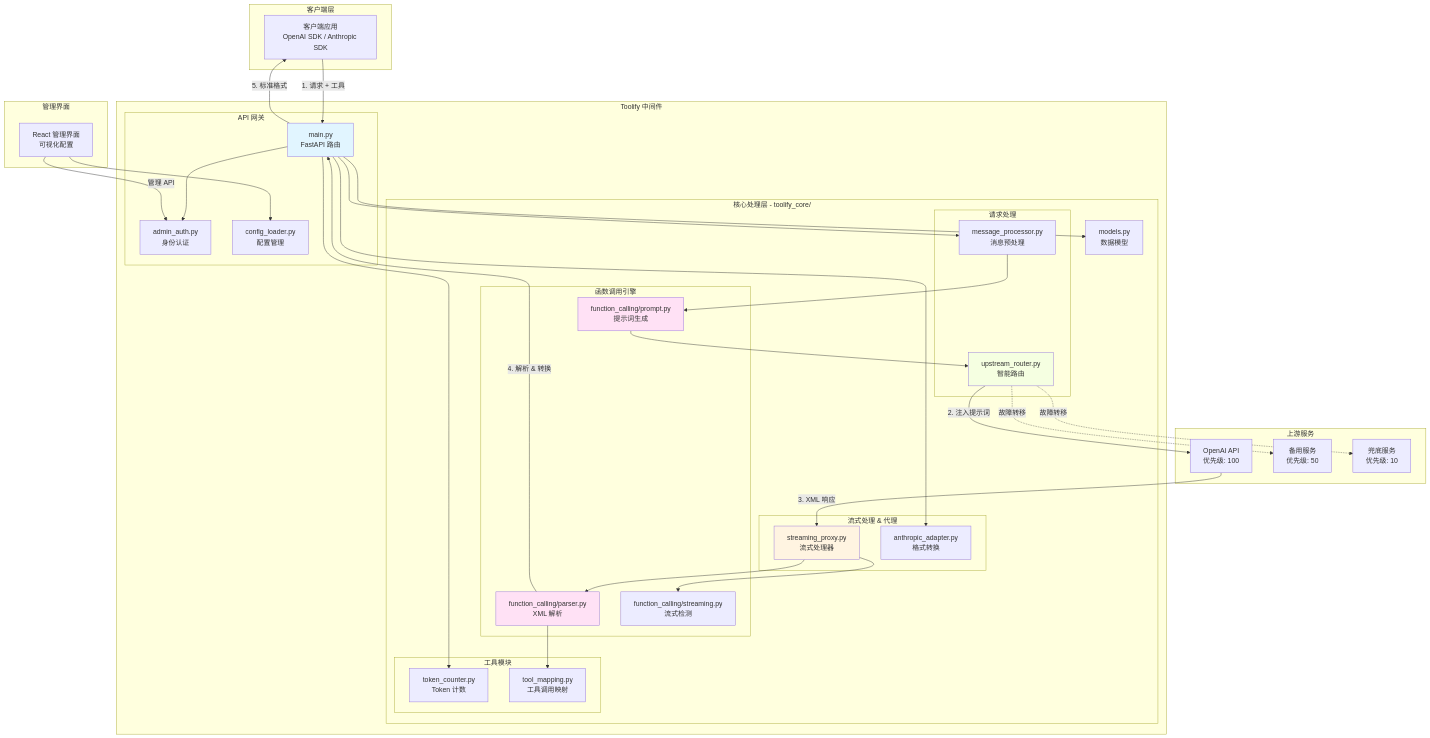
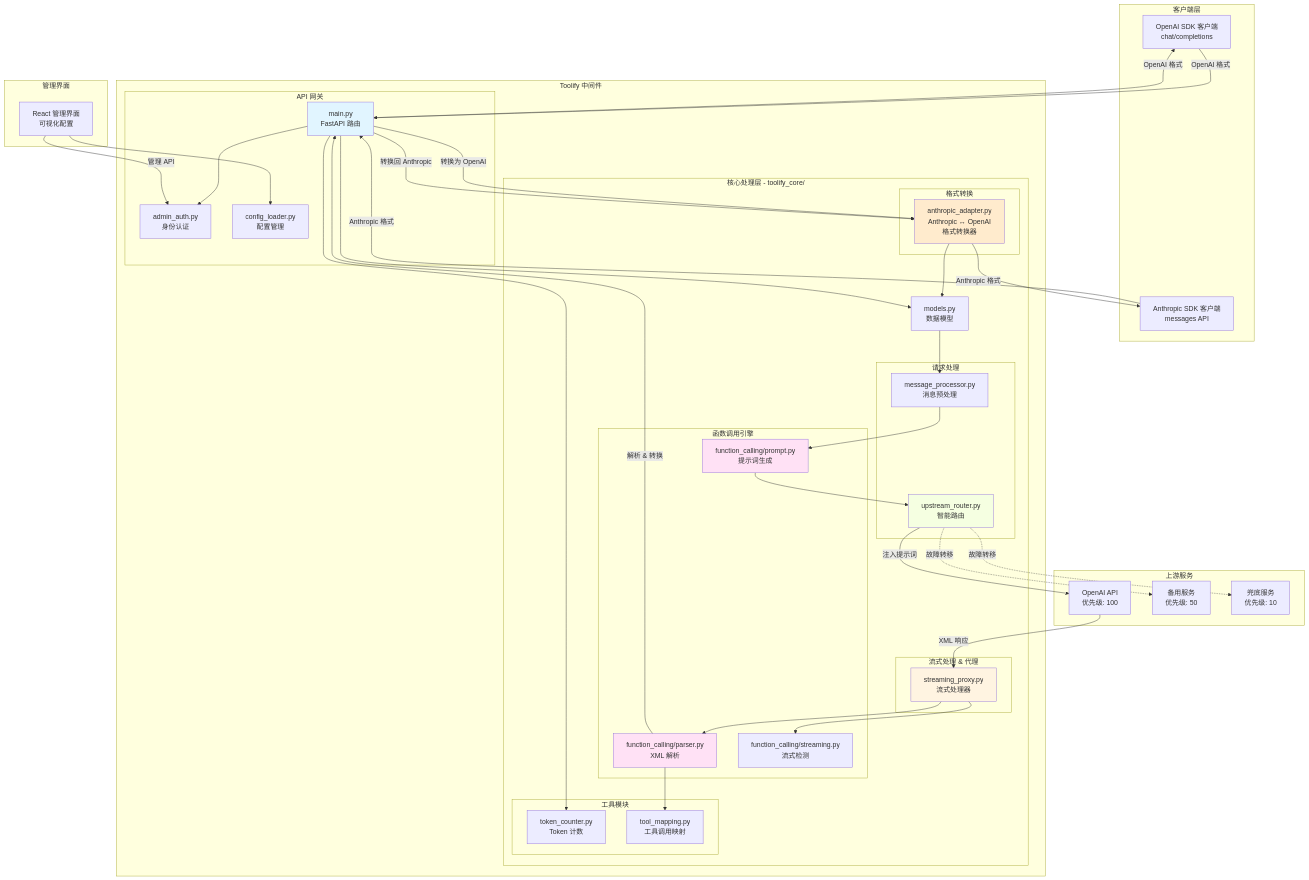
The second of 3 diagrams in README_zh.md (ImogeneOctaviap794/Toolify), drawn with Mermaid before and after one commit. The commit also changed other lines of this file and 1 other file, not shown here.

First line of the commit message:
docs: 架构图中明确展示对 Claude/Anthropic 原生格式的支持

````diff
--- a/README_zh.md
+++ b/README_zh.md
@@ -99,7 +99,8 @@
 ```mermaid
 graph TB
     subgraph "客户端层"
-        Client[客户端应用<br/>OpenAI SDK / Anthropic SDK]
+        Client1[OpenAI SDK 客户端<br/>chat/completions]
+        Client2[Anthropic SDK 客户端<br/>messages API]
     end
 
     subgraph "Toolify 中间件"
@@ -111,6 +112,10 @@
 
         subgraph "核心处理层 - toolify_core/"
             Models[models.py<br/>数据模型]
+            
+            subgraph "格式转换"
+                Anthropic[anthropic_adapter.py<br/>Anthropic ↔ OpenAI<br/>格式转换器]
+            end
             
             subgraph "请求处理"
                 MsgProc[message_processor.py<br/>消息预处理]
@@ -125,7 +130,6 @@
             
             subgraph "流式处理 & 代理"
                 StreamProxy[streaming_proxy.py<br/>流式处理器]
-                Anthropic[anthropic_adapter.py<br/>格式转换]
             end
             
             subgraph "工具模块"
@@ -145,29 +149,34 @@
         Frontend[React 管理界面<br/>可视化配置]
     end
 
-    Client -->|1. 请求 + 工具| Main
+    Client1 -->|OpenAI 格式| Main
+    Client2 -->|Anthropic 格式| Main
+    Main -->|转换为 OpenAI| Anthropic
+    Anthropic --> Models
     Main --> Auth
     Main --> Models
-    Main --> MsgProc
+    Models --> MsgProc
     MsgProc --> FC_Prompt
     FC_Prompt --> Router
-    Router -->|2. 注入提示词| Upstream1
+    Router -->|注入提示词| Upstream1
     Router -.->|故障转移| Upstream2
     Router -.->|故障转移| Upstream3
-    Upstream1 -->|3. XML 响应| StreamProxy
+    Upstream1 -->|XML 响应| StreamProxy
     StreamProxy --> FC_Parser
     StreamProxy --> FC_Stream
-    FC_Parser -->|4. 解析 & 转换| Main
-    Main -->|5. 标准格式| Client
+    FC_Parser --> ToolMap
+    FC_Parser -->|解析 & 转换| Main
+    Main -->|转换回 Anthropic| Anthropic
+    Anthropic -->|Anthropic 格式| Client2
+    Main -->|OpenAI 格式| Client1
     
-    Main --> Anthropic
     Main --> TokenCounter
-    FC_Parser --> ToolMap
     
     Frontend -->|管理 API| Auth
     Frontend --> Config
 
     style Main fill:#e1f5ff
+    style Anthropic fill:#ffebcd
     style FC_Prompt fill:#ffe1f5
     style FC_Parser fill:#ffe1f5
     style Router fill:#f5ffe1
````
